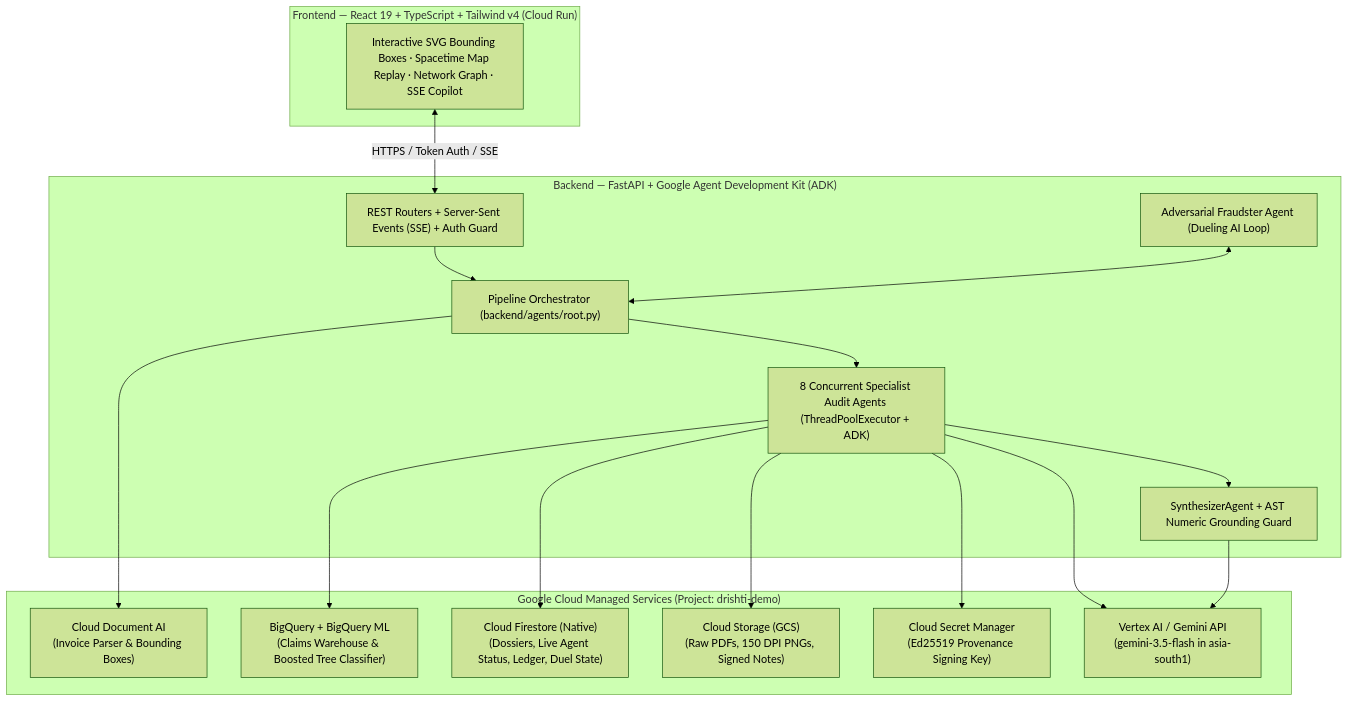
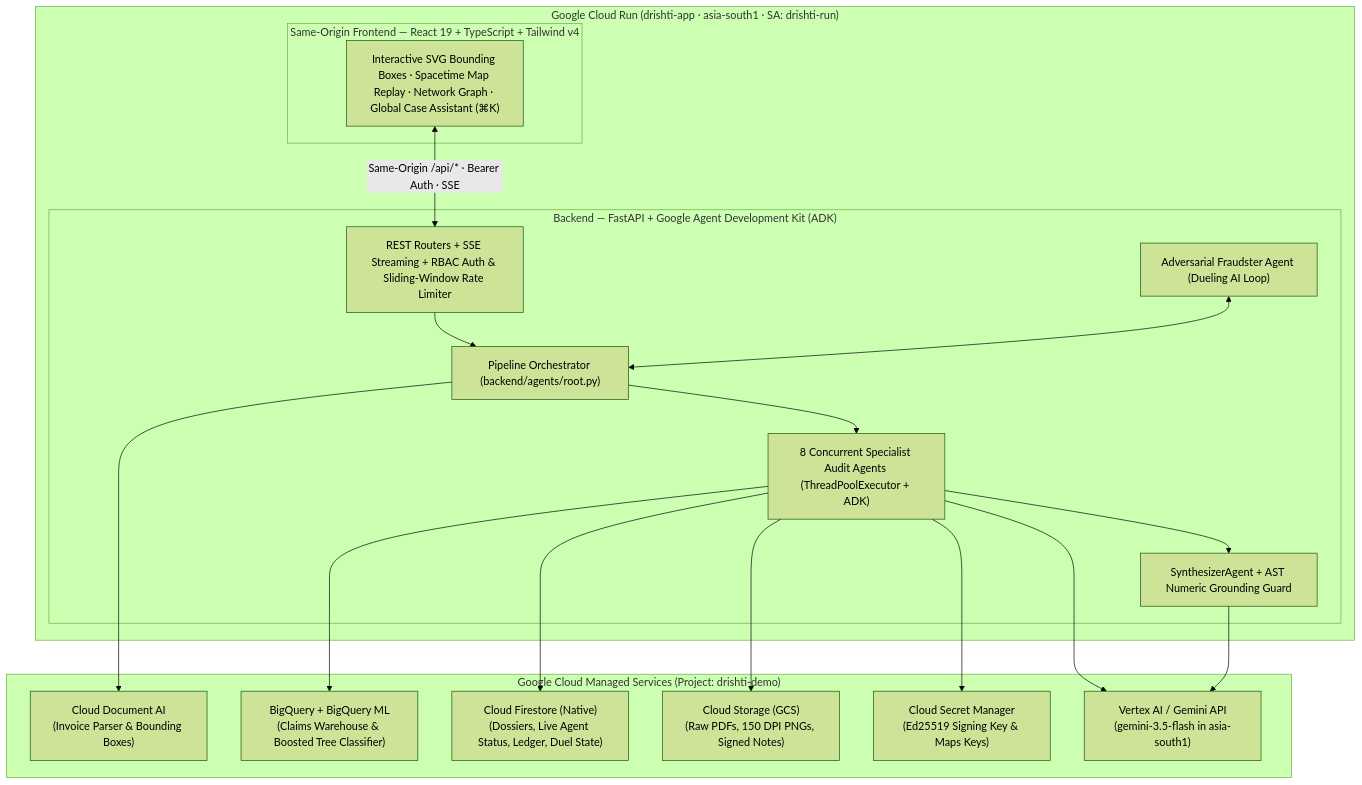
The diagram in README.md (Anshu-Man98/Drishti.ai), drawn with Mermaid (forest theme) before and after one commit. The commit also changed other lines of this file, not shown here.

Commit message:
docs: update README with omnipresent Case Assistant, RBAC rate limits, and live verification suites

````diff
--- a/README.md
+++ b/README.md
@@ -129,37 +138,39 @@
 ```mermaid
 flowchart TB
-    subgraph Client["Frontend — React 19 + TypeScript + Tailwind v4 (Cloud Run)"]
-        UI["Interactive SVG Bounding Boxes · Spacetime Map Replay · Network Graph · SSE Copilot"]
-    end
+    subgraph CloudRun["Google Cloud Run (drishti-app · asia-south1 · SA: drishti-run)"]
+        subgraph Client["Same-Origin Frontend — React 19 + TypeScript + Tailwind v4"]
+            UI["Interactive SVG Bounding Boxes · Spacetime Map Replay · Network Graph · Global Case Assistant (⌘K)"]
+        end
 
-    subgraph API["Backend — FastAPI + Google Agent Development Kit (ADK)"]
-        Router["REST Routers + Server-Sent Events (SSE) + Auth Guard"]
-        ADK["Pipeline Orchestrator (backend/agents/root.py)"]
-        Parallel["8 Concurrent Specialist Audit Agents (ThreadPoolExecutor + ADK)"]
-        Synth["SynthesizerAgent + AST Numeric Grounding Guard"]
-        Duel["Adversarial Fraudster Agent (Dueling AI Loop)"]
+        subgraph API["Backend — FastAPI + Google Agent Development Kit (ADK)"]
+            Router["REST Routers + SSE Streaming + RBAC Auth & Sliding-Window Rate Limiter"]
+            ADK["Pipeline Orchestrator (backend/agents/root.py)"]
+            Parallel["8 Concurrent Specialist Audit Agents (ThreadPoolExecutor + ADK)"]
+            Synth["SynthesizerAgent + AST Numeric Grounding Guard"]
+            Duel["Adversarial Fraudster Agent (Dueling AI Loop)"]
+        end
     end
 
     subgraph GCP["Google Cloud Managed Services (Project: drishti-demo)"]
         DocAI["Cloud Document AI\n(Invoice Parser & Bounding Boxes)"]
         BQ["BigQuery + BigQuery ML\n(Claims Warehouse & Boosted Tree Classifier)"]
         FS["Cloud Firestore (Native)\n(Dossiers, Live Agent Status, Ledger, Duel State)"]
         GCS["Cloud Storage (GCS)\n(Raw PDFs, 150 DPI PNGs, Signed Notes)"]
-        SM["Cloud Secret Manager\n(Ed25519 Provenance Signing Key)"]
+        SM["Cloud Secret Manager\n(Ed25519 Signing Key & Maps Keys)"]
         Gemini["Vertex AI / Gemini API\n(gemini-3.5-flash in asia-south1)"]
     end
 
-    UI <-->|"HTTPS / Token Auth / SSE"| Router
+    UI <-->|"Same-Origin /api/* · Bearer Auth · SSE"| Router
     Router --> ADK
     ADK --> DocAI
     ADK --> Parallel
     Parallel --> Synth
     Duel <--> ADK
 
     Parallel --> BQ
     Parallel --> FS
     Parallel --> GCS
     Parallel --> SM
     Parallel --> Gemini
     Synth --> Gemini
 ```
````
